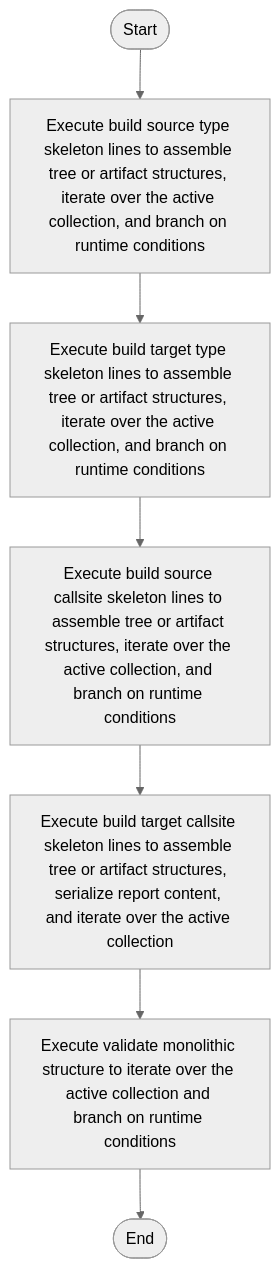
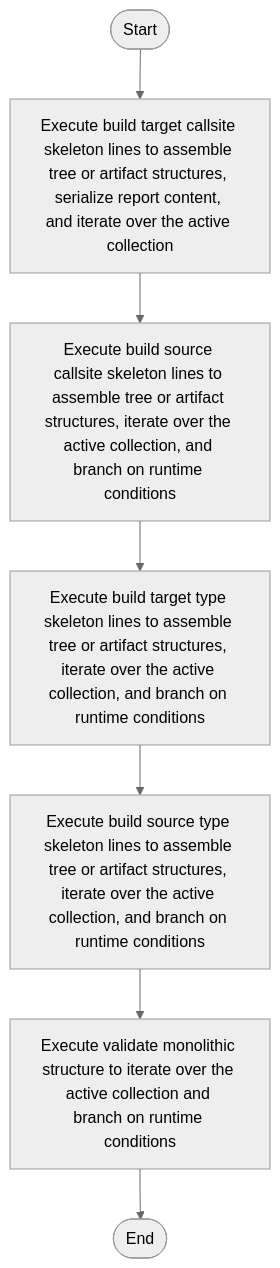
The diagram in docs/Codebase/Microservice/Modules/Source/Creational/Transform/creational_transform_evidence_skeleton.cpp.md (JohnAndrewBalbarosa/NeoTerritory), drawn with Mermaid (neutral theme) before and after one commit. The commit also changed 148 other files, not shown here.

````diff
--- a/docs/Codebase/Microservice/Modules/Source/Creational/Transform/creational_transform_evidence_skeleton.cpp.md
+++ b/docs/Codebase/Microservice/Modules/Source/Creational/Transform/creational_transform_evidence_skeleton.cpp.md
@@ -24,16 +24,16 @@
 ```mermaid
 flowchart TD
     Start([Start])
-    N0[Execute build source type skeleton lines to assemble tree or artifact structures, iterate over the active collection, and branch on runtime conditions]
-    N1[Execute build target type skeleton lines to assemble tree or artifact structures, iterate over the active collection, and branch on runtime conditions]
-    N2[Execute build source callsite skeleton lines to assemble tree or artifact structures, iterate over the active collection, and branch on runtime conditions]
-    N3[Execute build target callsite skeleton lines to assemble tree or artifact structures, serialize report content, and iterate over the active collection]
+    N0[Execute build target callsite skeleton lines to assemble tree or artifact structures, serialize report content, and iterate over the active collection]
+    N1[Execute build source callsite skeleton lines to assemble tree or artifact structures, iterate over the active collection, and branch on runtime conditions]
+    N2[Execute build target type skeleton lines to assemble tree or artifact structures, iterate over the active collection, and branch on runtime conditions]
+    N3[Execute build source type skeleton lines to assemble tree or artifact structures, iterate over the active collection, and branch on runtime conditions]
     N4[Execute validate monolithic structure to iterate over the active collection and branch on runtime conditions]
     End([End])
     Start --> N0
     N0 --> N1
     N1 --> N2
     N2 --> N3
     N3 --> N4
     N4 --> End
 ```
````
